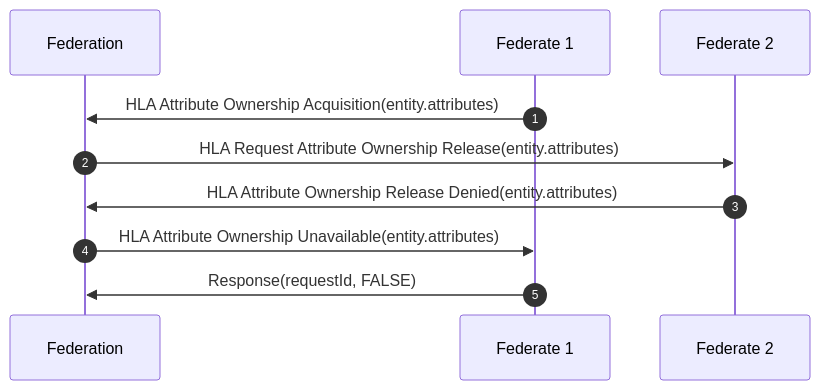
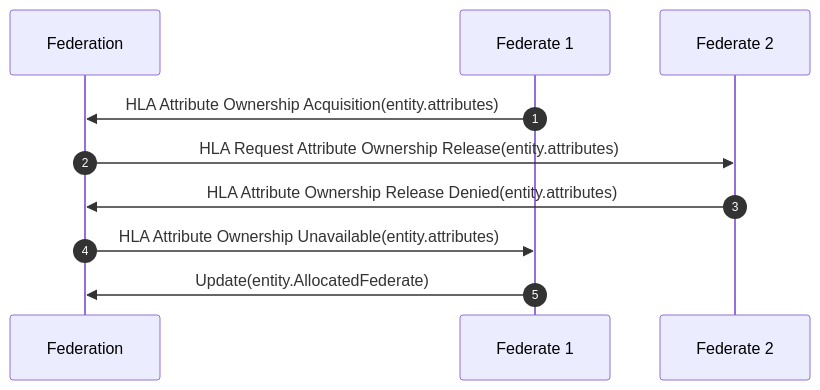
One commit to AMSP-04/NETN-TMR changed the third of 5 diagrams in NETN-TMR.md. Above: the diagram before and after it, drawn with Mermaid. The commit also changed other lines of this file, not shown here.

````diff
--- a/NETN-TMR.md
+++ b/NETN-TMR.md
@@ -91,16 +97,17 @@
 ``` mermaid 
+sequenceDiagram
+participant Federation 
+participant Federate 1 
+participant Federate 2 
+autonumber
  
-sequenceDiagram
-participant Federation
-participant Federate 1
-participant Federate 2
-autonumber
 
 Federate 1->>Federation:HLA Attribute Ownership Acquisition(entity.attributes) 
 Federation->>Federate 2:HLA Request Attribute Ownership Release(entity.attributes) 
 Federate 2->>Federation:HLA Attribute Ownership Release Denied(entity.attributes) 
 Federation->>Federate 1:HLA Attribute Ownership Unavailable(entity.attributes) 
-Federate 1->>Federation:Response(requestId, FALSE)
 
+Federate 1->>Federation:Update(entity.AllocatedFederate) 
+ 
  
 ``` 
````
